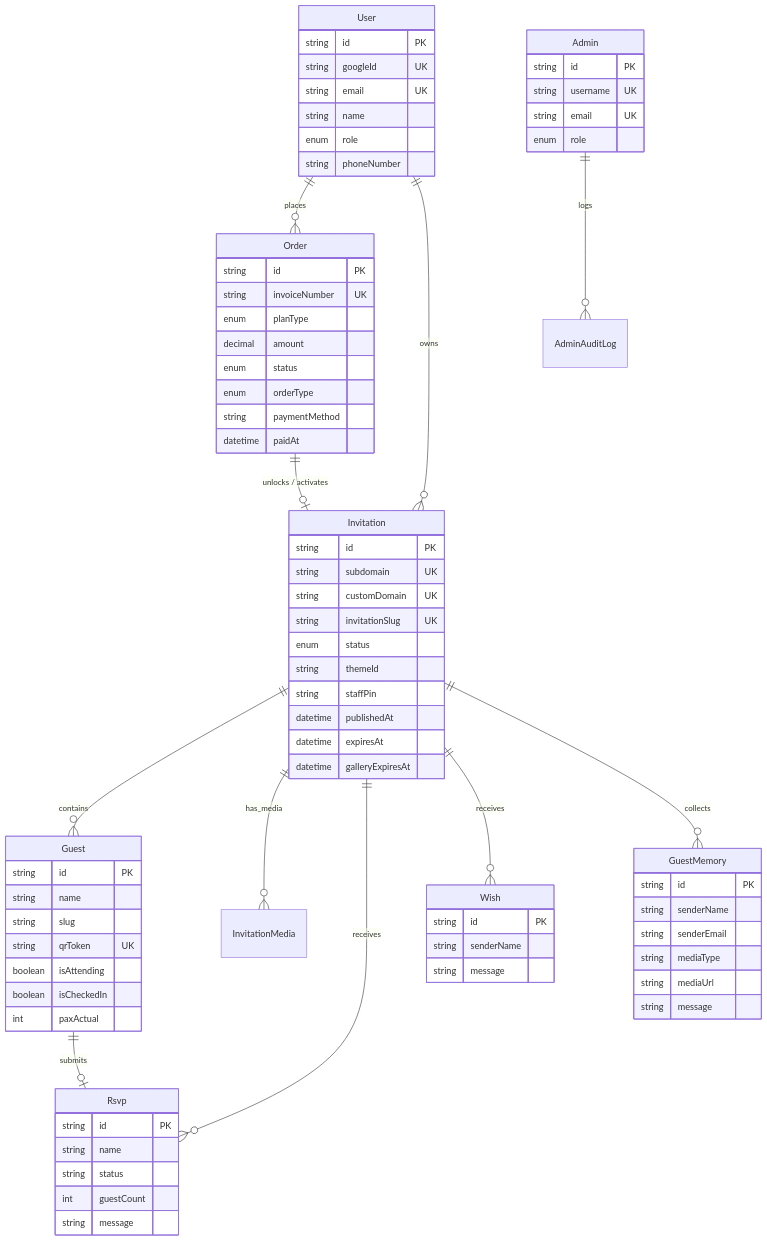
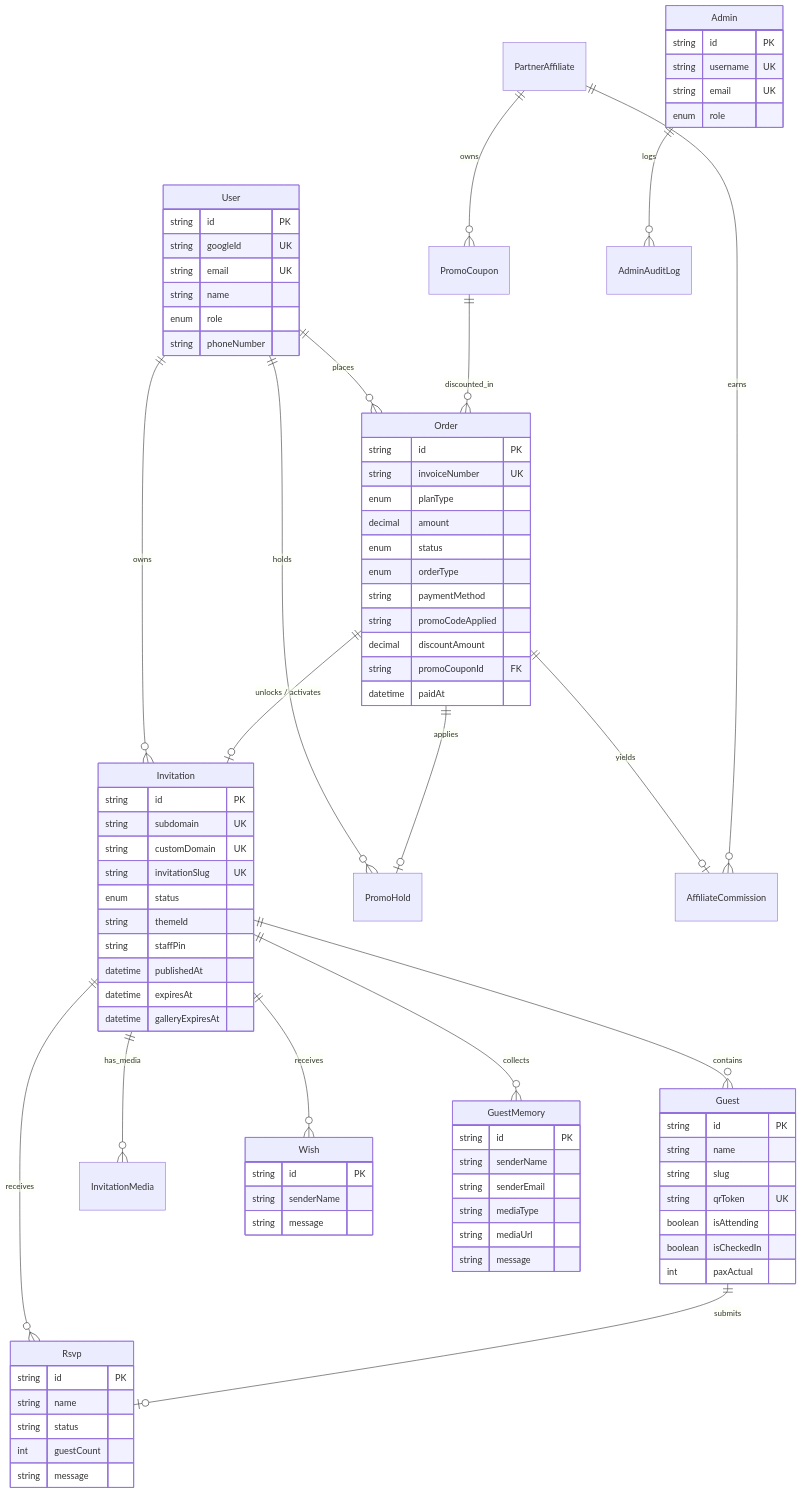
The first of 3 diagrams in docs/DATABASE_SCHEMA_DAN_RELASI.md (armansyam/luxenary-invite), drawn with Mermaid before and after one commit. The commit also changed other lines of this file and 6 other files, not shown here.

```diff
--- a/docs/DATABASE_SCHEMA_DAN_RELASI.md
+++ b/docs/DATABASE_SCHEMA_DAN_RELASI.md
@@ -11,7 +11,13 @@
 erDiagram
     User ||--o{ Order : "places"
     User ||--o{ Invitation : "owns"
+    User ||--o{ PromoHold : "holds"
     Order ||--o| Invitation : "unlocks / activates"
+    Order ||--o| PromoHold : "applies"
+    Order ||--o| AffiliateCommission : "yields"
+    PartnerAffiliate ||--o{ PromoCoupon : "owns"
+    PartnerAffiliate ||--o{ AffiliateCommission : "earns"
+    PromoCoupon ||--o{ Order : "discounted_in"
     Invitation ||--o{ Guest : "contains"
     Invitation ||--o{ InvitationMedia : "has_media"
     Invitation ||--o{ Rsvp : "receives"
@@ -37,6 +43,9 @@
         enum status
         enum orderType
         string paymentMethod
+        string promoCodeApplied
+        decimal discountAmount
+        string promoCouponId FK
         datetime paidAt
     }
 
```
